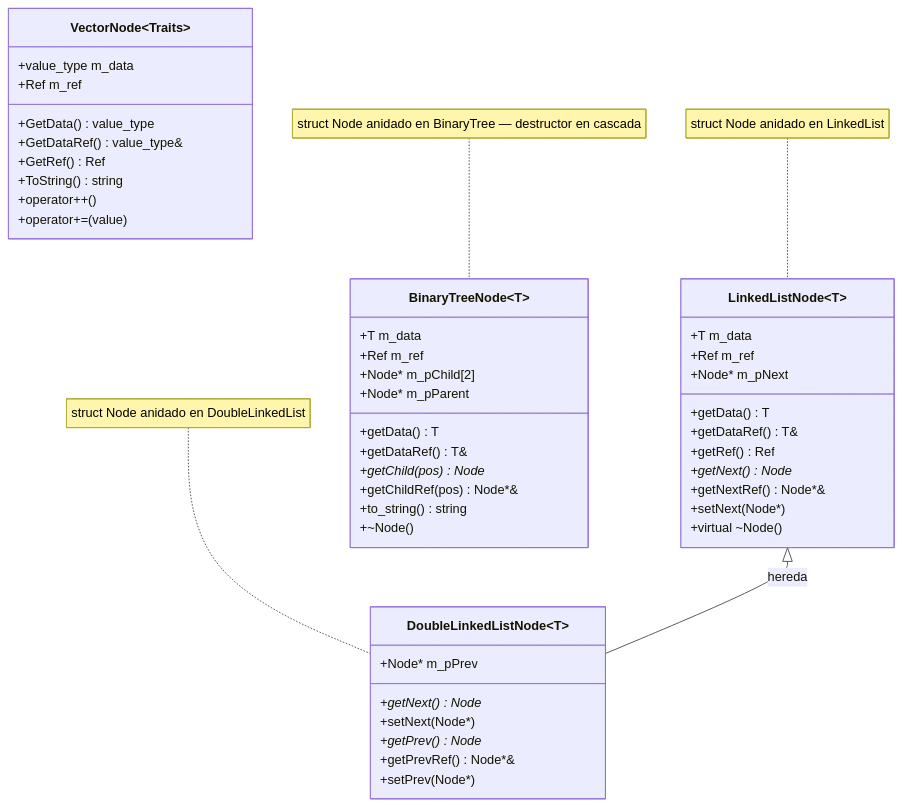
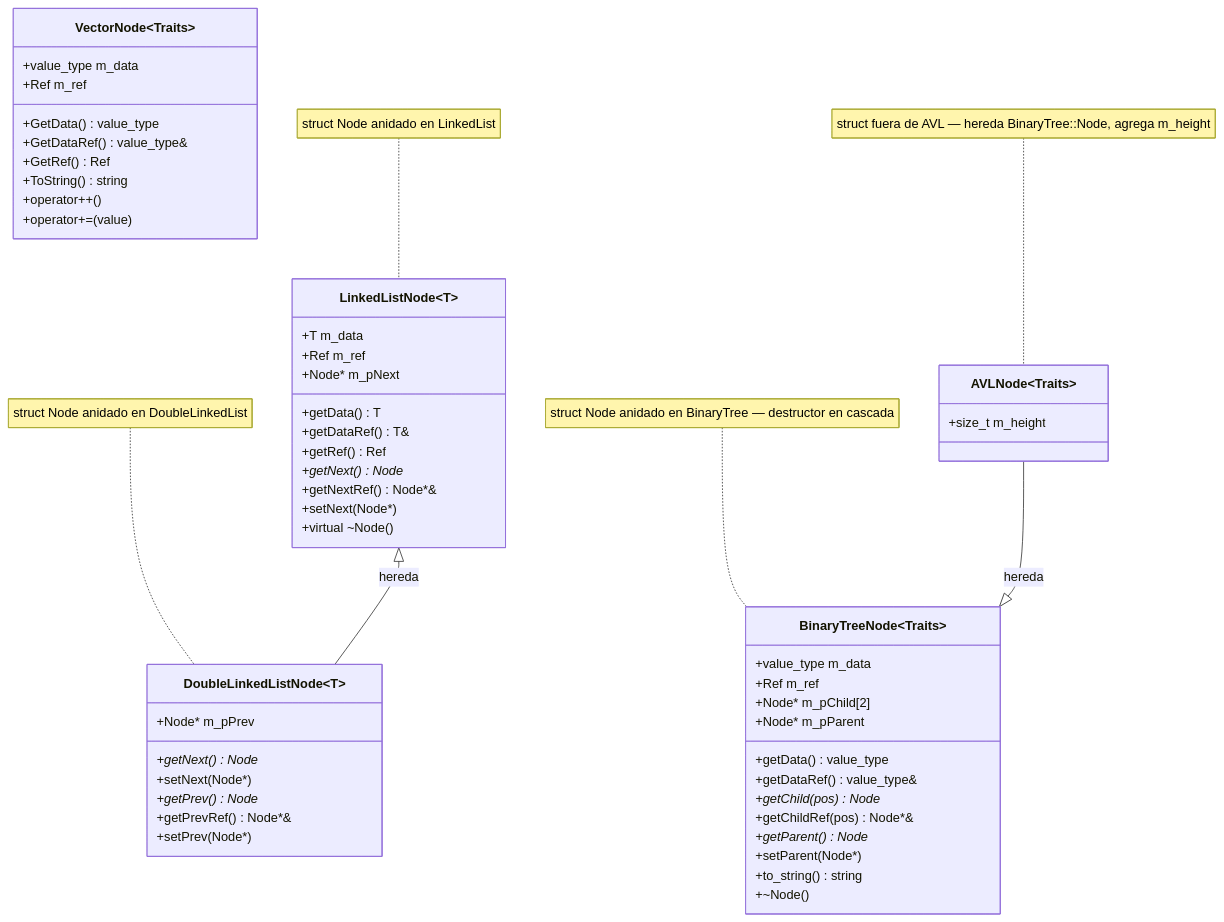
The second of 10 diagrams in README.md (Camilo-vinatea/2026-I-MCC001-AED), drawn with Mermaid before and after one commit. The commit also changed other lines of this file and 9 other files, not shown here.

````diff
--- a/README.md
+++ b/README.md
@@ -129,53 +158,62 @@
 ```mermaid
 classDiagram
     class LinkedListNode~T~ {
         +T m_data
         +Ref m_ref
         +Node* m_pNext
         +getData() T
         +getDataRef() T&
         +getRef() Ref
         +getNext() Node*
         +getNextRef() Node*&
         +setNext(Node*)
         +virtual ~Node()
     }
     note for LinkedListNode "struct Node anidado en LinkedList"
 
     class DoubleLinkedListNode~T~ {
         +Node* m_pPrev
         +getNext() Node*
         +setNext(Node*)
         +getPrev() Node*
         +getPrevRef() Node*&
         +setPrev(Node*)
     }
     note for DoubleLinkedListNode "struct Node anidado en DoubleLinkedList"
 
-    class BinaryTreeNode~T~ {
-        +T m_data
+    class BinaryTreeNode~Traits~ {
+        +value_type m_data
         +Ref m_ref
         +Node* m_pChild[2]
         +Node* m_pParent
-        +getData() T
-        +getDataRef() T&
+        +getData() value_type
+        +getDataRef() value_type&
         +getChild(pos) Node*
         +getChildRef(pos) Node*&
+        +getParent() Node*
+        +setParent(Node*)
         +to_string() string
         +~Node()
     }
     note for BinaryTreeNode "struct Node anidado en BinaryTree — destructor en cascada"
+
+    class AVLNode~Traits~ {
+        +size_t m_height
+    }
+    note for AVLNode "struct fuera de AVL — hereda BinaryTree::Node, agrega m_height"
+
+    AVLNode --|> BinaryTreeNode : hereda
 
     class VectorNode~Traits~ {
         +value_type m_data
         +Ref m_ref
         +GetData() value_type
         +GetDataRef() value_type&
         +GetRef() Ref
         +ToString() string
         +operator++()
         +operator+=(value)
     }
 
     LinkedListNode <|-- DoubleLinkedListNode : hereda
 ```
````
